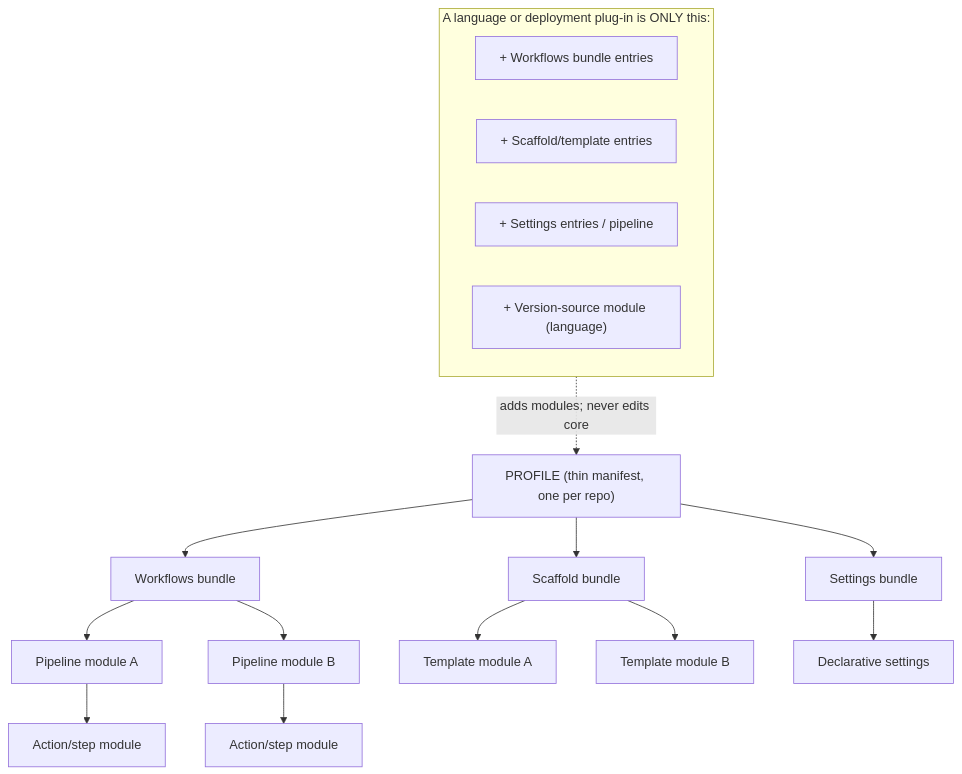
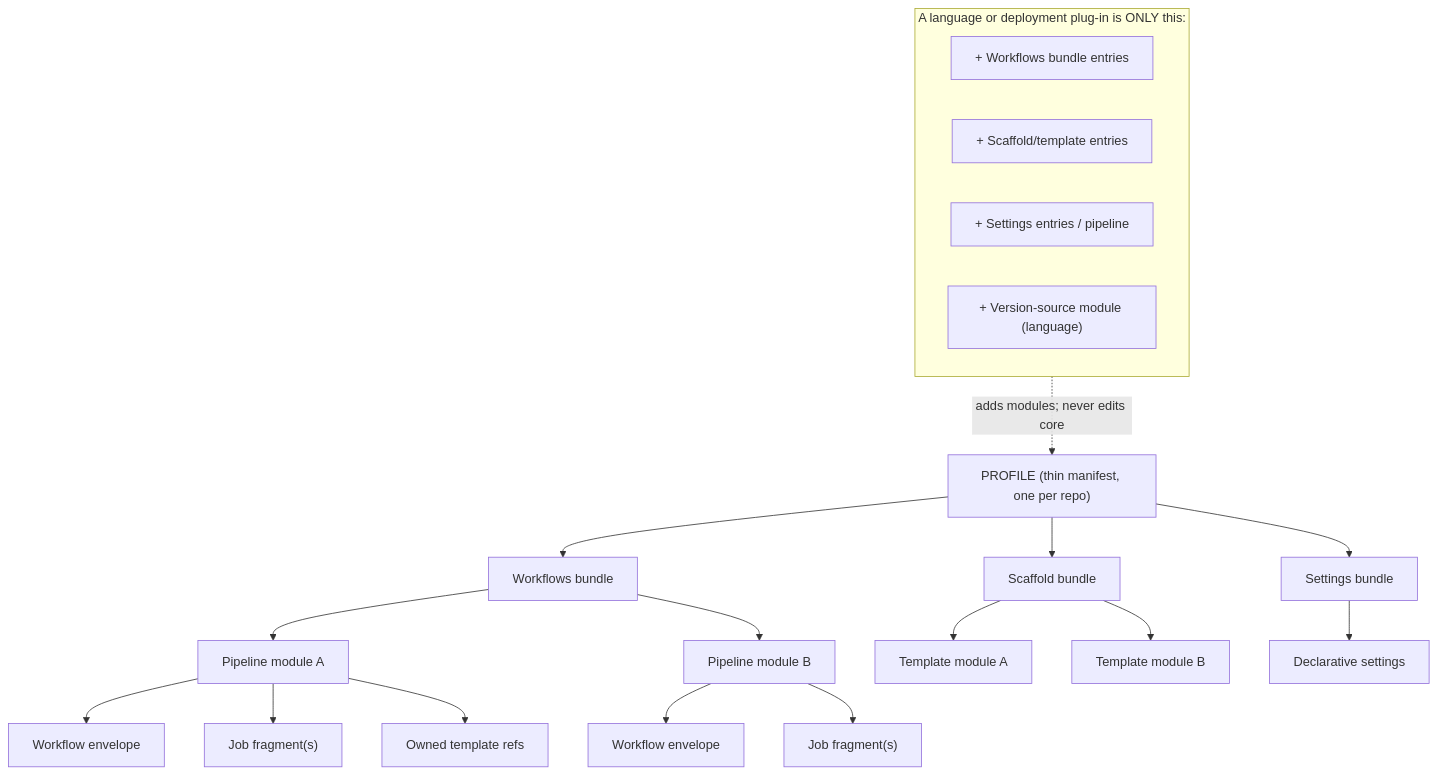
The first of 3 diagrams in docs/requirements/core/modularity.md (amattas/aviato), drawn with Mermaid before and after one commit. The commit also changed other lines of this file and 29 other files, not shown here.

Commit message:
feat(core): compile pipeline-owned workflow graphs

````diff
--- a/docs/requirements/core/modularity.md
+++ b/docs/requirements/core/modularity.md
@@ -11,24 +11,27 @@
 ```mermaid
 flowchart TD
     P["PROFILE (thin manifest, one per repo)"]
     P --> WB["Workflows bundle"]
     P --> SB["Scaffold bundle"]
     P --> GB["Settings bundle"]
 
     WB --> PL1["Pipeline module A"]
     WB --> PL2["Pipeline module B"]
     SB --> T1["Template module A"]
     SB --> T2["Template module B"]
     GB --> SET["Declarative settings"]
 
-    PL1 --> A1["Action/step module"]
-    PL2 --> A2["Action/step module"]
+    PL1 --> E1["Workflow envelope"]
+    PL1 --> J1["Job fragment(s)"]
+    PL2 --> E2["Workflow envelope"]
+    PL2 --> J2["Job fragment(s)"]
+    PL1 --> PT1["Owned template refs"]
 
     subgraph Plugin["A language or deployment plug-in is ONLY this:"]
         WBx["+ Workflows bundle entries"]
         SBx["+ Scaffold/template entries"]
         GBx["+ Settings entries / pipeline"]
         VSx["+ Version-source module (language)"]
     end
     Plugin -. "adds modules; never edits core" .-> P
 ```
````
